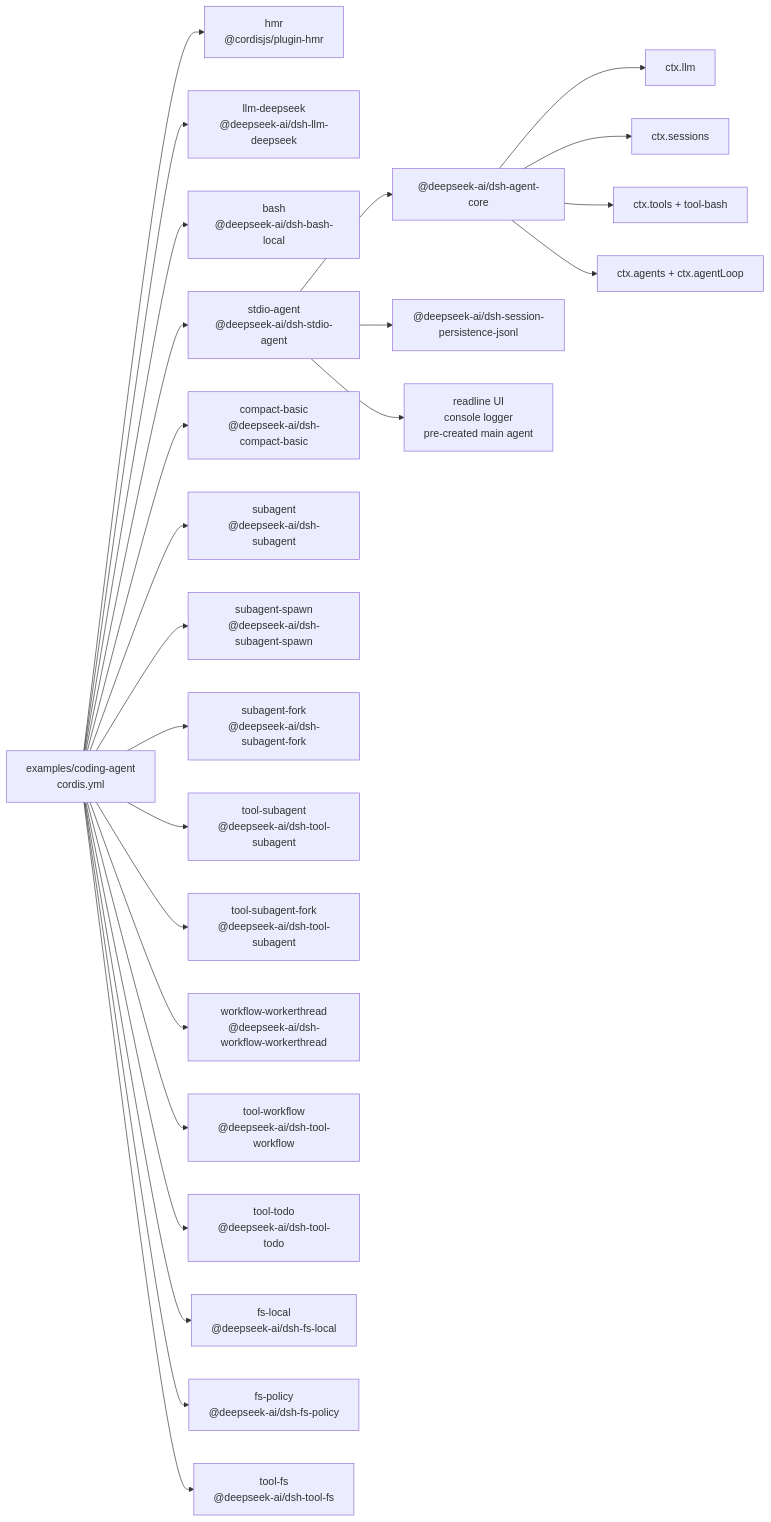
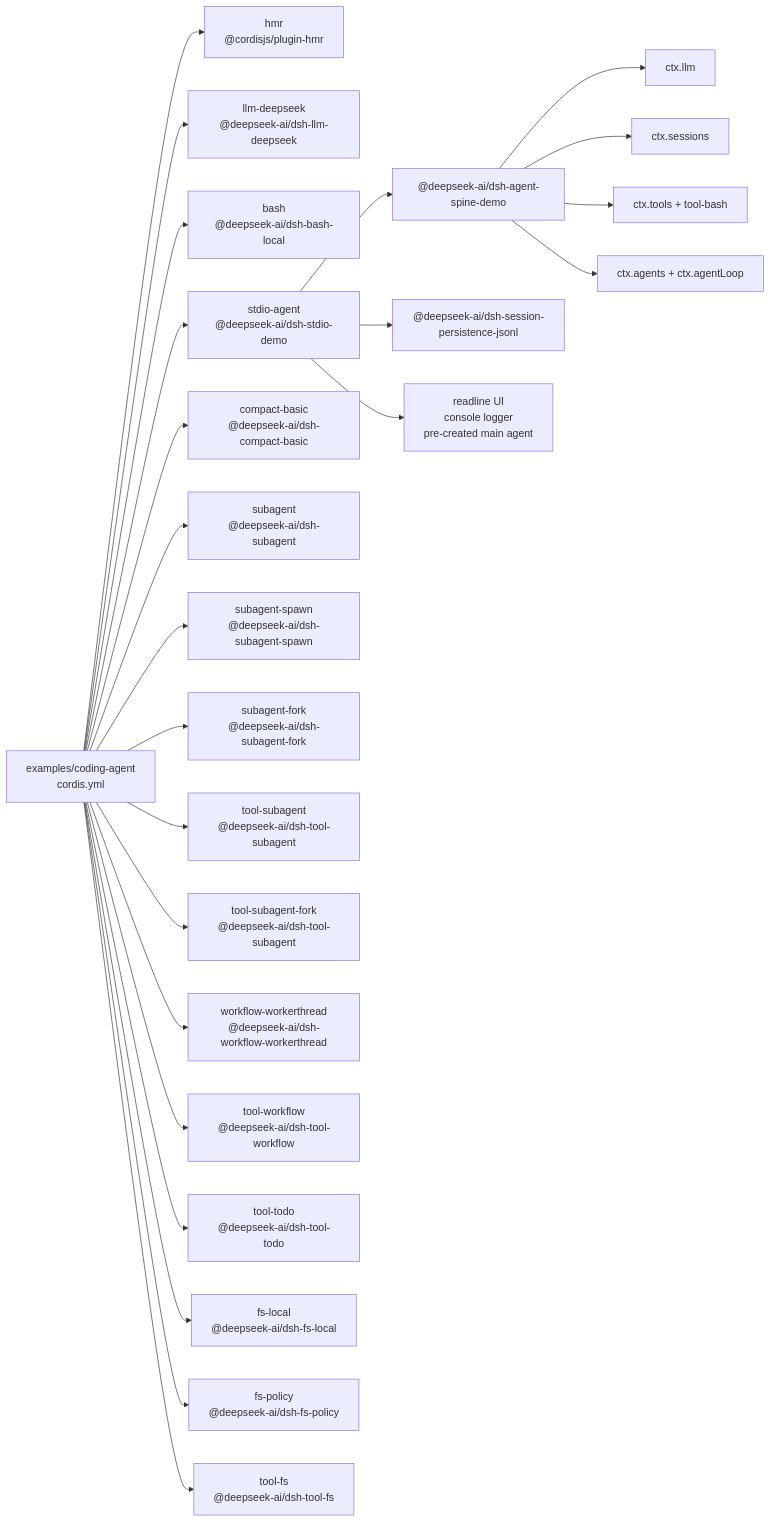
Before and after one commit to eru123/coco-harness: the diagram in examples/coding-agent/composition.md, drawn with Mermaid. The commit also changed other lines of this file and 154 other files, not shown here.

First line of the commit message:
Merge pull request #325 from deepseek-harness/worktree-demo-move

````diff
--- a/examples/coding-agent/composition.md
+++ b/examples/coding-agent/composition.md
@@ -8,43 +8,43 @@
 ```mermaid
 flowchart LR
   cfg["examples/coding-agent<br/>cordis.yml"]
   plugin_coding_hmr["hmr<br/>@cordisjs/plugin-hmr"]
   cfg --> plugin_coding_hmr
   plugin_coding_llm_deepseek["llm-deepseek<br/>@deepseek-ai/dsh-llm-deepseek"]
   cfg --> plugin_coding_llm_deepseek
   plugin_coding_bash["bash<br/>@deepseek-ai/dsh-bash-local"]
   cfg --> plugin_coding_bash
-  plugin_coding_stdio_agent["stdio-agent<br/>@deepseek-ai/dsh-stdio-agent"]
+  plugin_coding_stdio_agent["stdio-agent<br/>@deepseek-ai/dsh-stdio-demo"]
   cfg --> plugin_coding_stdio_agent
-  plugin_coding_stdio_agent --> bundle_agent_core["@deepseek-ai/dsh-agent-core"]
+  plugin_coding_stdio_agent --> bundle_agent_core["@deepseek-ai/dsh-agent-spine-demo"]
   plugin_coding_stdio_agent --> bundle_jsonl["@deepseek-ai/dsh-session-persistence-jsonl"]
   plugin_coding_stdio_agent --> frontdoor_stdio["readline UI<br/>console logger<br/>pre-created main agent"]
   bundle_agent_core --> spine_llm["ctx.llm"]
   bundle_agent_core --> spine_sessions["ctx.sessions"]
   bundle_agent_core --> spine_tools["ctx.tools + tool-bash"]
   bundle_agent_core --> spine_loop["ctx.agents + ctx.agentLoop"]
   plugin_coding_compact_basic["compact-basic<br/>@deepseek-ai/dsh-compact-basic"]
   cfg --> plugin_coding_compact_basic
   plugin_coding_subagent["subagent<br/>@deepseek-ai/dsh-subagent"]
   cfg --> plugin_coding_subagent
   plugin_coding_subagent_spawn["subagent-spawn<br/>@deepseek-ai/dsh-subagent-spawn"]
   cfg --> plugin_coding_subagent_spawn
   plugin_coding_subagent_fork["subagent-fork<br/>@deepseek-ai/dsh-subagent-fork"]
   cfg --> plugin_coding_subagent_fork
   plugin_coding_tool_subagent["tool-subagent<br/>@deepseek-ai/dsh-tool-subagent"]
   cfg --> plugin_coding_tool_subagent
   plugin_coding_tool_subagent_fork["tool-subagent-fork<br/>@deepseek-ai/dsh-tool-subagent"]
   cfg --> plugin_coding_tool_subagent_fork
   plugin_coding_workflow_workerthread["workflow-workerthread<br/>@deepseek-ai/dsh-workflow-workerthread"]
   cfg --> plugin_coding_workflow_workerthread
   plugin_coding_tool_workflow["tool-workflow<br/>@deepseek-ai/dsh-tool-workflow"]
   cfg --> plugin_coding_tool_workflow
   plugin_coding_tool_todo["tool-todo<br/>@deepseek-ai/dsh-tool-todo"]
   cfg --> plugin_coding_tool_todo
   plugin_coding_fs_local["fs-local<br/>@deepseek-ai/dsh-fs-local"]
   cfg --> plugin_coding_fs_local
   plugin_coding_fs_policy["fs-policy<br/>@deepseek-ai/dsh-fs-policy"]
   cfg --> plugin_coding_fs_policy
   plugin_coding_tool_fs["tool-fs<br/>@deepseek-ai/dsh-tool-fs"]
   cfg --> plugin_coding_tool_fs
 ```
````
